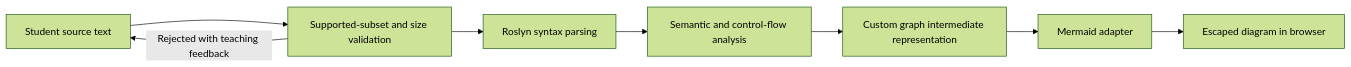
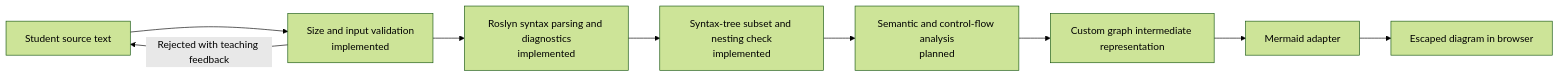
Before and after one commit to DarryllPj77/CodeLogic: the third of 4 diagrams in docs/ARCHITECTURE.md, drawn with Mermaid (forest theme). The commit also changed other lines of this file and 18 other files, not shown here.

Commit message:
feat: add bounded Roslyn parse diagnostics

````diff
--- a/docs/ARCHITECTURE.md
+++ b/docs/ARCHITECTURE.md
@@ -138,13 +138,14 @@
 ```mermaid
 flowchart LR
     Input[Student source text]
-    Gate[Supported-subset and size validation]
-    Parse[Roslyn syntax parsing]
-    Analyze[Semantic and control-flow analysis]
+    Gate[Size and input validation<br/>implemented]
+    Parse[Roslyn syntax parsing and diagnostics<br/>implemented]
+    Subset[Syntax-tree subset and nesting check<br/>implemented]
+    Analyze[Semantic and control-flow analysis<br/>planned]
     IR[Custom graph intermediate representation]
     Render[Mermaid adapter]
     Browser[Escaped diagram in browser]
 
-    Input --> Gate --> Parse --> Analyze --> IR --> Render --> Browser
+    Input --> Gate --> Parse --> Subset --> Analyze --> IR --> Render --> Browser
     Gate -->|Rejected with teaching feedback| Input
 ```
````
